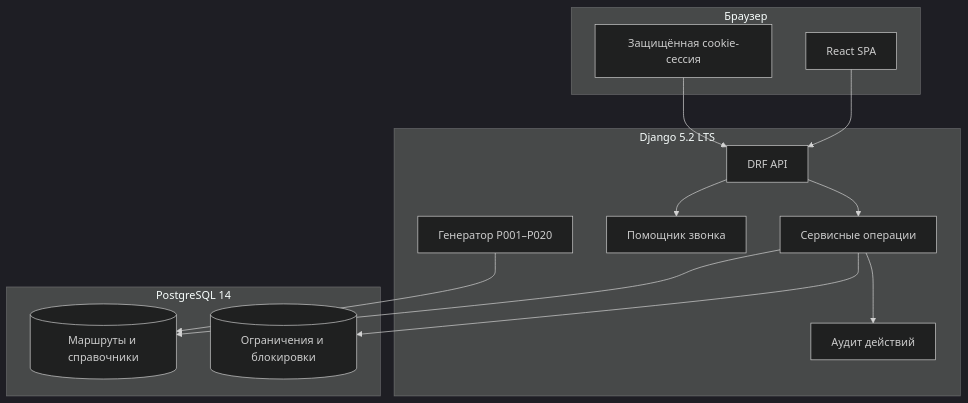
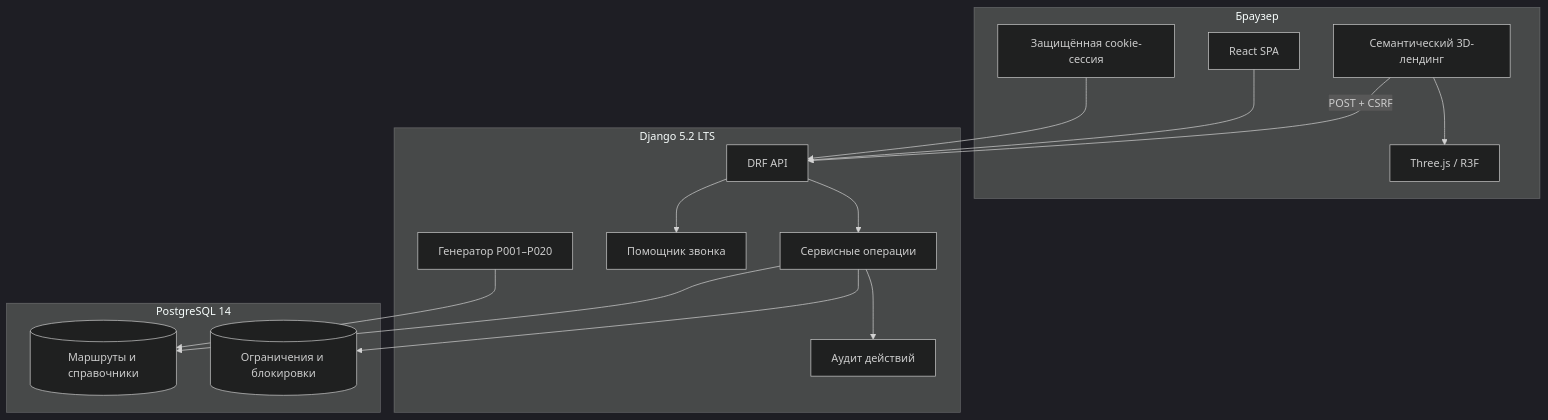
The diagram in docs/ARCHITECTURE.md (vladislav999xd-rgb/routeguard), drawn with Mermaid (dark theme) before and after one commit. The commit also changed other lines of this file and 32 other files, not shown here.

````diff
--- a/docs/ARCHITECTURE.md
+++ b/docs/ARCHITECTURE.md
@@ -5,26 +5,30 @@
 ```mermaid
 flowchart TB
     subgraph Browser[Браузер]
       UI[React SPA]
+      LANDING[Семантический 3D-лендинг]
+      WEBGL[Three.js / R3F]
       SESSION[Защищённая cookie-сессия]
     end
     subgraph Application[Django 5.2 LTS]
       API[DRF API]
       DOMAIN[Сервисные операции]
       CALL[Помощник звонка]
       DEMO[Генератор P001–P020]
       AUDIT[Аудит действий]
     end
     subgraph Storage[PostgreSQL 14]
       DATA[(Маршруты и справочники)]
       LOCKS[(Ограничения и блокировки)]
     end
+    LANDING --> WEBGL
+    LANDING -->|POST + CSRF| API
     UI --> API
     SESSION --> API
     API --> DOMAIN
     API --> CALL
     DOMAIN --> DATA
     DOMAIN --> LOCKS
     DOMAIN --> AUDIT
     DEMO --> DATA
 ```
````
